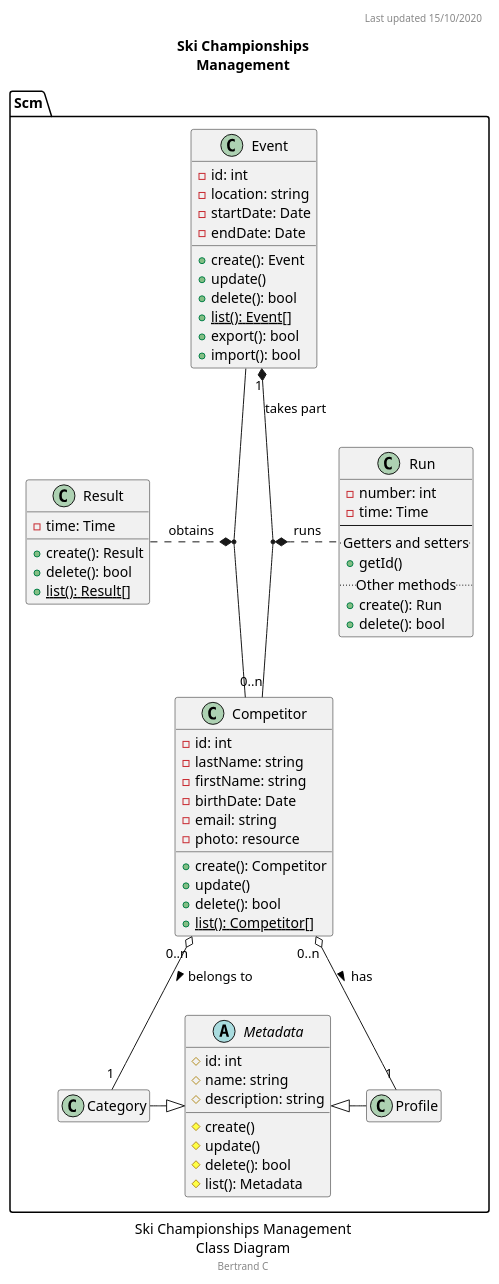
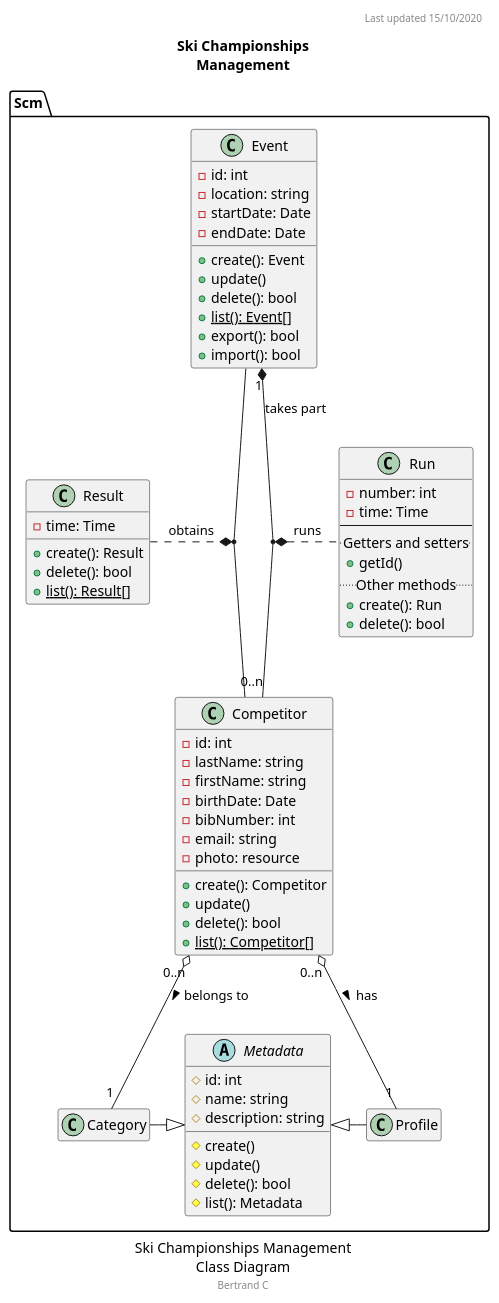
The second of 2 diagrams in docs/diagrams/src/Ski Championship Management.wsd (bcheronn/ski-championships-management), drawn with PlantUML before and after one commit. The commit also changed 2 other files, not shown here.

Commit message:
Bib number added

```diff
--- a/docs/diagrams/src/Ski Championship Management.wsd
+++ b/docs/diagrams/src/Ski Championship Management.wsd
@@ -8,86 +8,87 @@
 @startuml "Ski Championships Management Class Diagram"
 hide empty members
 caption Ski Championships Management\nClass Diagram
 footer Bertrand C
 header Last updated 15/10/2020
 title Ski Championships\nManagement
 
 namespace Scm {
     'note "This is a floating note\n<b>in case I need it</b>" as N1
 
     class Event
     {
         -id: int
         -location: string
         -startDate: Date
         -endDate: Date
         +create(): Event
         +update()
         +delete(): bool
         +{static}list(): Event[]
         +export(): bool
         +import(): bool
     }
 
     class Competitor
     {
         -id: int
         -lastName: string
         -firstName: string
         -birthDate: Date
+        -bibNumber: int
         -email: string
         -photo: resource
         +create(): Competitor
         +update()
         +delete(): bool
         +{static}list(): Competitor[]
     }
 
     class Run
     {
         -number: int
         -time: Time
         --
         ..Getters and setters..
         +getId()
         ..Other methods..
         +create(): Run
         +delete(): bool
     }
 
     class Result
     {
         -time: Time
         +create(): Result
         +delete(): bool
         +{static}list(): Result[]
     }
 
     abstract Metadata
     {
         #id: int
         #name: string
         #description: string
         #create()
         #update()
         #delete(): bool
         #list(): Metadata
     }
 
     class Category
     {
     }
 
     class Profile
     {
     }
 
     (Event, Competitor) "1" *.. "1" Result : obtains
     Event "1" *-- "0..n" Competitor : < takes part
     (Event, Competitor) "1" *.. "0..2" Run : runs
     Metadata <|-l- Category
     Metadata <|-r- Profile
     Competitor "0..n" o-- "1" Category : belongs to >
     Competitor "0..n" o-- "1" Profile : has >
 }
 @enduml
```
